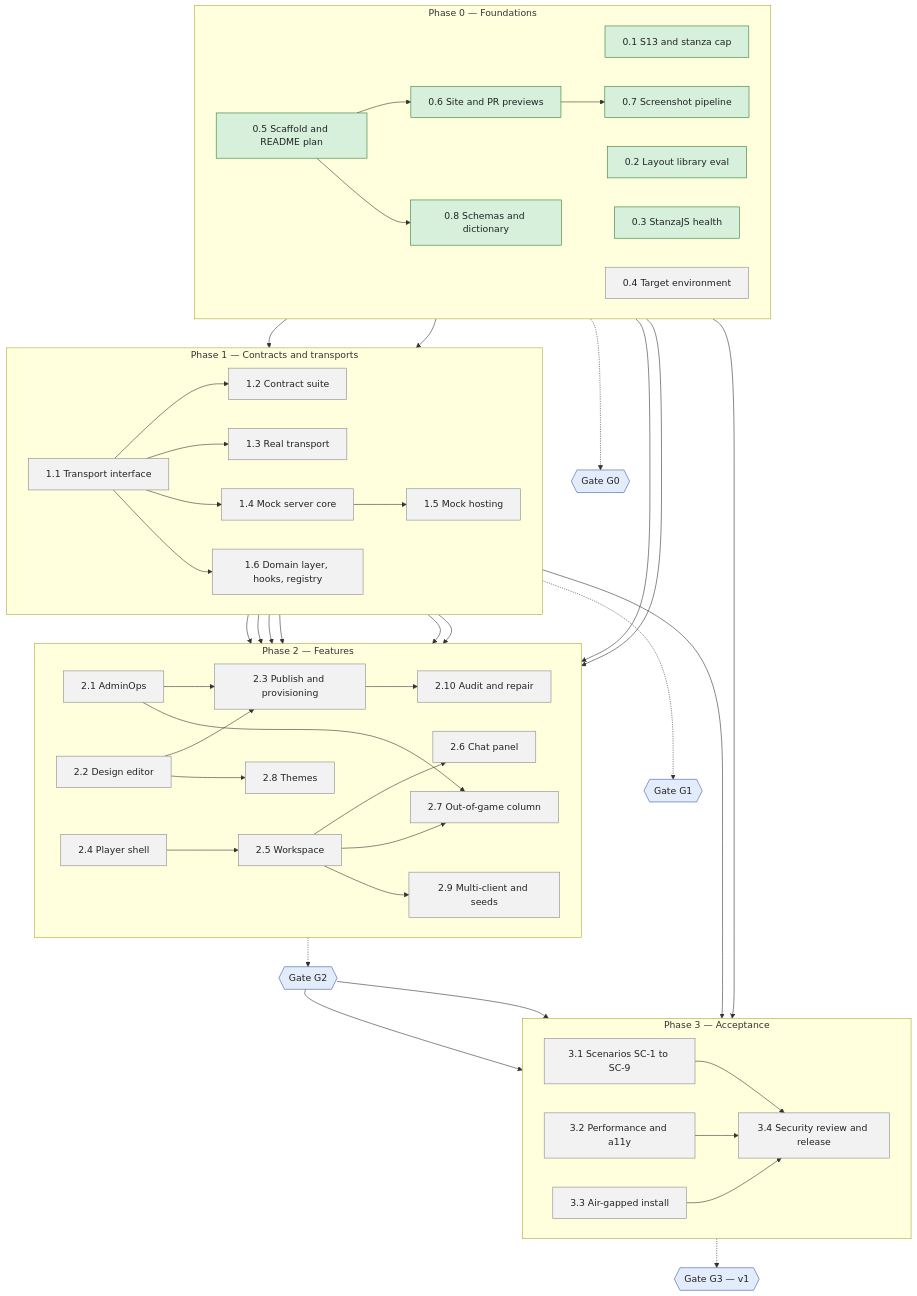
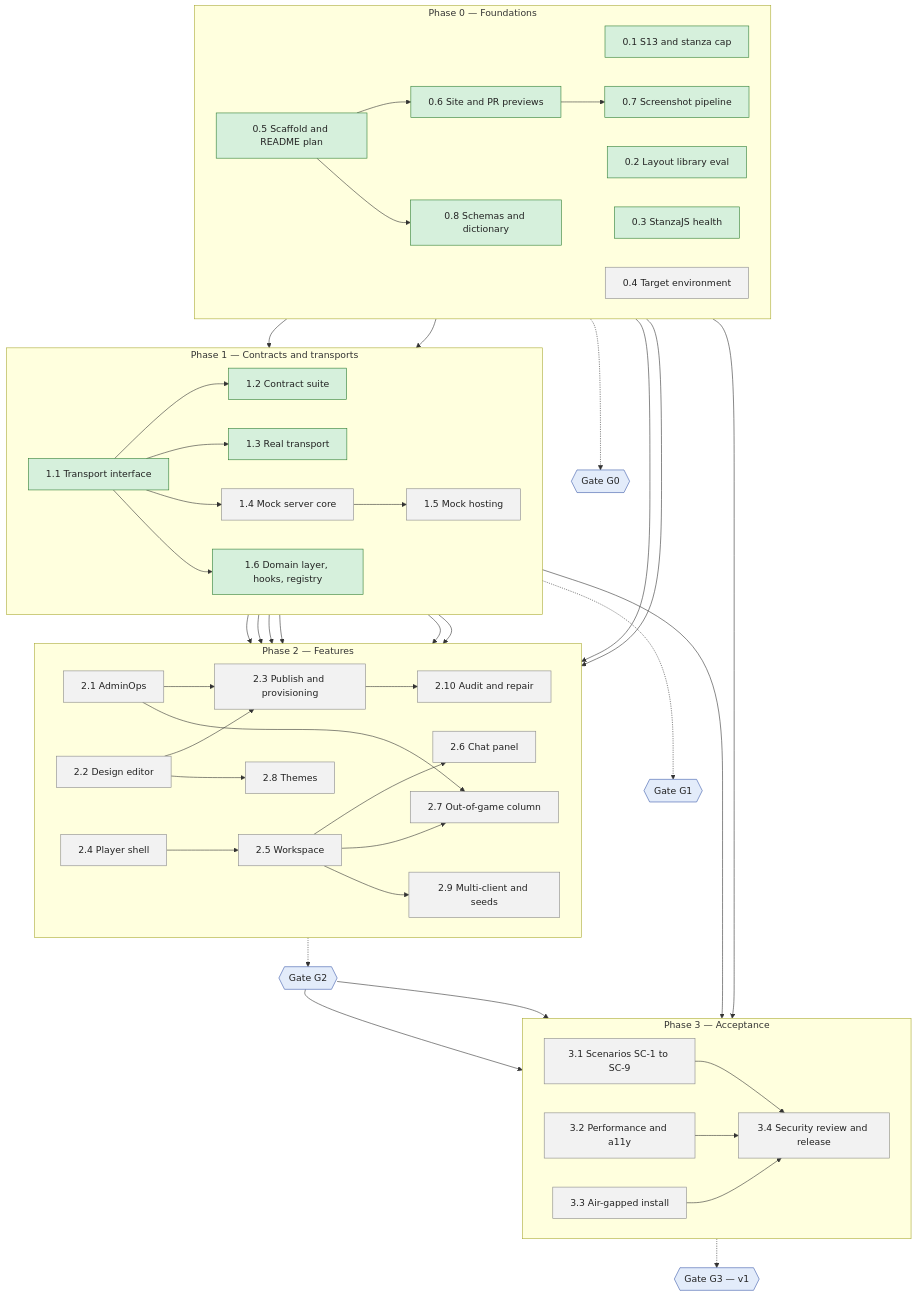
The diagram in README.md (serge-web/war-rooms-x2), drawn with Mermaid before and after one commit. The commit also changed 11 other files, not shown here.

````diff
--- a/README.md
+++ b/README.md
@@ -9,76 +9,76 @@
 ```mermaid
 flowchart TB
     subgraph P0["Phase 0 — Foundations"]
         direction LR
         wp01["0.1 S13 and stanza cap"]
         wp02["0.2 Layout library eval"]
         wp03["0.3 StanzaJS health"]
         wp04["0.4 Target environment"]
         wp05["0.5 Scaffold and README plan"]
         wp06["0.6 Site and PR previews"]
         wp07["0.7 Screenshot pipeline"]
         wp08["0.8 Schemas and dictionary"]
     end
     subgraph P1["Phase 1 — Contracts and transports"]
         direction LR
         wp11["1.1 Transport interface"]
         wp12["1.2 Contract suite"]
         wp13["1.3 Real transport"]
         wp14["1.4 Mock server core"]
         wp15["1.5 Mock hosting"]
         wp16["1.6 Domain layer, hooks, registry"]
     end
     subgraph P2["Phase 2 — Features"]
         direction LR
         wp21["2.1 AdminOps"]
         wp22["2.2 Design editor"]
         wp23["2.3 Publish and provisioning"]
         wp210["2.10 Audit and repair"]
         wp24["2.4 Player shell"]
         wp25["2.5 Workspace"]
         wp26["2.6 Chat panel"]
         wp27["2.7 Out-of-game column"]
         wp28["2.8 Themes"]
         wp29["2.9 Multi-client and seeds"]
     end
     subgraph P3["Phase 3 — Acceptance"]
         direction LR
         wp31["3.1 Scenarios SC-1 to SC-9"]
         wp32["3.2 Performance and a11y"]
         wp33["3.3 Air-gapped install"]
         wp34["3.4 Security review and release"]
     end
     G0{{"Gate G0"}}
     G1{{"Gate G1"}}
     G2{{"Gate G2"}}
     G3{{"Gate G3 — v1"}}
 
     wp05 --> wp06 --> wp07
     wp05 --> wp08
     wp03 & wp08 --> wp11
     wp11 --> wp12 & wp13 & wp14 & wp16
     wp14 --> wp15
     wp13 & wp16 & wp01 --> wp21
     wp16 --> wp22
     wp21 & wp22 --> wp23 --> wp210
     wp16 --> wp24
     wp02 & wp24 --> wp25 --> wp26
     wp25 & wp21 --> wp27
     wp16 & wp22 --> wp28
     wp15 & wp25 --> wp29
     wp04 & wp13 --> wp33
     wp31 & wp32 & wp33 --> wp34
     P0 -.-> G0
     P1 -.-> G1
     P2 -.-> G2
     G2 --> wp31 & wp32
     P3 -.-> G3
 
     classDef todo fill:#f2f2f2,stroke:#888,color:#222
     classDef active fill:#fff1c2,stroke:#c9a000,color:#222,stroke-width:2px
     classDef done fill:#d6f0dc,stroke:#2e7d32,color:#222
     classDef gate fill:#e3ecfa,stroke:#3b5bab,color:#222
-    class wp04,wp11,wp12,wp13,wp14,wp15,wp16,wp21,wp22,wp23,wp210,wp24,wp25,wp26,wp27,wp28,wp29,wp31,wp32,wp33,wp34 todo
-    class wp01,wp02,wp03,wp05,wp06,wp07,wp08 done
+    class wp04,wp14,wp15,wp21,wp22,wp23,wp210,wp24,wp25,wp26,wp27,wp28,wp29,wp31,wp32,wp33,wp34 todo
+    class wp01,wp02,wp03,wp05,wp06,wp07,wp08,wp11,wp12,wp13,wp16 done
     class G0,G1,G2,G3 gate
 ```
````
